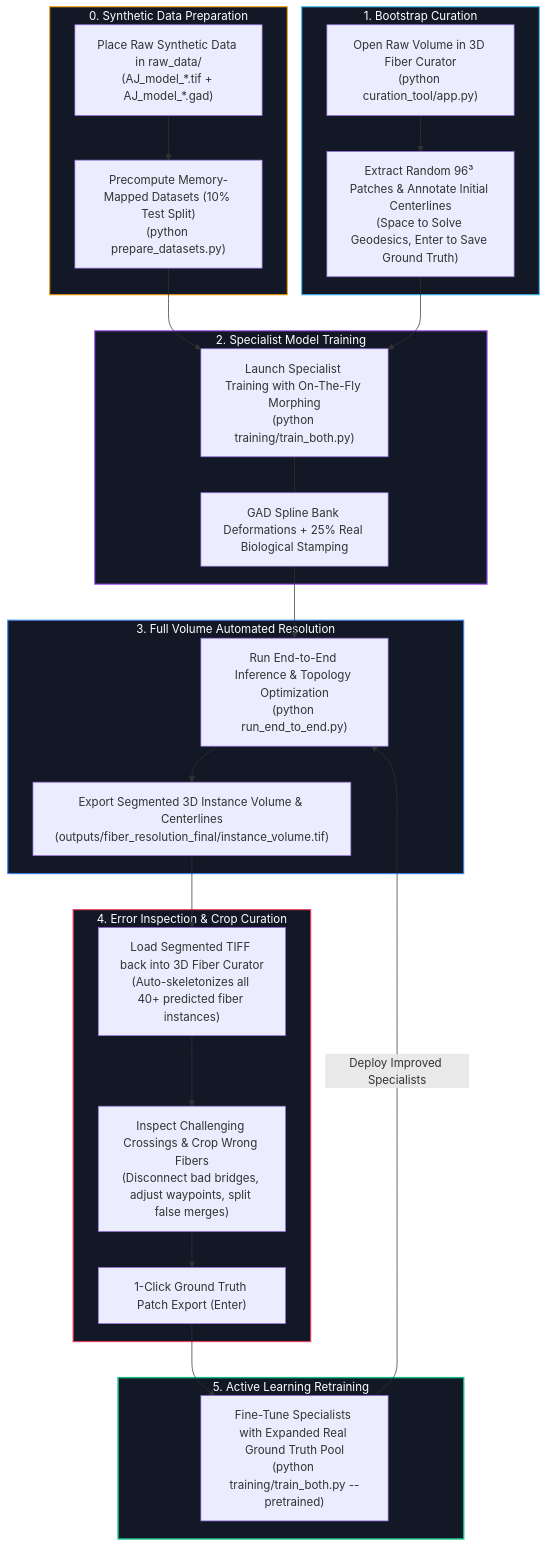
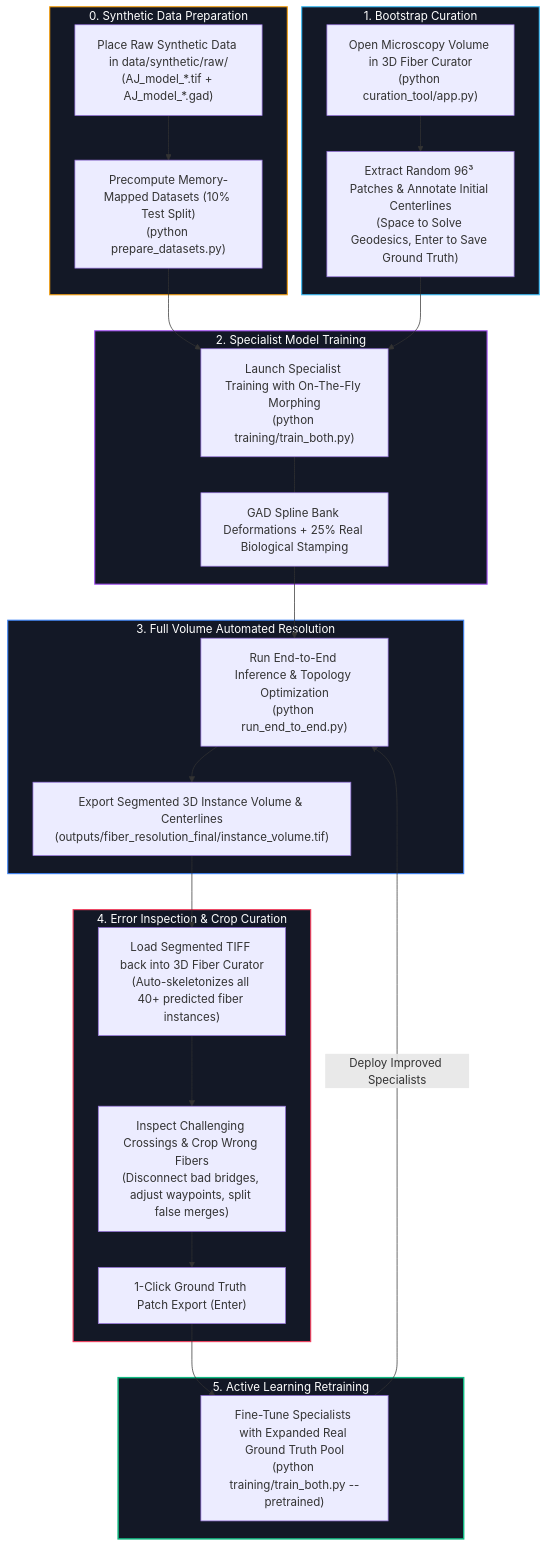
The first of 5 diagrams in README.md (Kataevskii/fiber_segmentation_pipeline), drawn with Mermaid before and after one commit. The commit also changed other lines of this file and 14 other files, not shown here.

````diff
--- a/README.md
+++ b/README.md
@@ -37,51 +42,51 @@
 ```mermaid
 flowchart TD
     subgraph S0 ["0. Synthetic Data Preparation"]
-        P0["Place Raw Synthetic Data in raw_data/<br/>(AJ_model_*.tif + AJ_model_*.gad)"]
+        P0["Place Raw Synthetic Data in data/synthetic/raw/<br/>(AJ_model_*.tif + AJ_model_*.gad)"]
         P0_PREP["Precompute Memory-Mapped Datasets (10% Test Split)<br/>(python prepare_datasets.py)"]
         P0 --> P0_PREP
     end
 
     subgraph S1 ["1. Bootstrap Curation"]
-        A1["Open Raw Volume in 3D Fiber Curator<br/>(python curation_tool/app.py)"]
+        A1["Open Microscopy Volume in 3D Fiber Curator<br/>(python curation_tool/app.py)"]
         A2["Extract Random 96³ Patches & Annotate Initial Centerlines<br/>(Space to Solve Geodesics, Enter to Save Ground Truth)"]
         A1 --> A2
     end
 
     subgraph S2 ["2. Specialist Model Training"]
         B1["Launch Specialist Training with On-The-Fly Morphing<br/>(python training/train_both.py)"]
         B2["GAD Spline Bank Deformations + 25% Real Biological Stamping"]
         B1 --- B2
     end
 
     subgraph S3 ["3. Full Volume Automated Resolution"]
         C1["Run End-to-End Inference & Topology Optimization<br/>(python run_end_to_end.py)"]
         C2["Export Segmented 3D Instance Volume & Centerlines<br/>(outputs/fiber_resolution_final/instance_volume.tif)"]
         C1 --> C2
     end
 
     subgraph S4 ["4. Error Inspection & Crop Curation"]
         D1["Load Segmented TIFF back into 3D Fiber Curator<br/>(Auto-skeletonizes all 40+ predicted fiber instances)"]
         D2["Inspect Challenging Crossings & Crop Wrong Fibers<br/>(Disconnect bad bridges, adjust waypoints, split false merges)"]
         D3["1-Click Ground Truth Patch Export (Enter)"]
         D1 --> D2 --> D3
     end
 
     subgraph S5 ["5. Active Learning Retraining"]
         E1["Fine-Tune Specialists with Expanded Real Ground Truth Pool<br/>(python training/train_both.py --pretrained)"]
     end
 
     P0_PREP --> B1
     A2 --> B1
     B2 --> C1
     C2 --> D1
     D3 --> E1
     E1 -->|Deploy Improved Specialists| C1
 
     style S0 fill:#131826,stroke:#f59e0b,stroke-width:1.5px,color:#fff
     style S1 fill:#131826,stroke:#38bdf8,stroke-width:1.5px,color:#fff
     style S2 fill:#131826,stroke:#a855f7,stroke-width:1.5px,color:#fff
     style S3 fill:#131826,stroke:#3b82f6,stroke-width:1.5px,color:#fff
     style S4 fill:#131826,stroke:#f43f5e,stroke-width:1.5px,color:#fff
     style S5 fill:#131826,stroke:#10b981,stroke-width:2px,color:#fff
 ```
````
